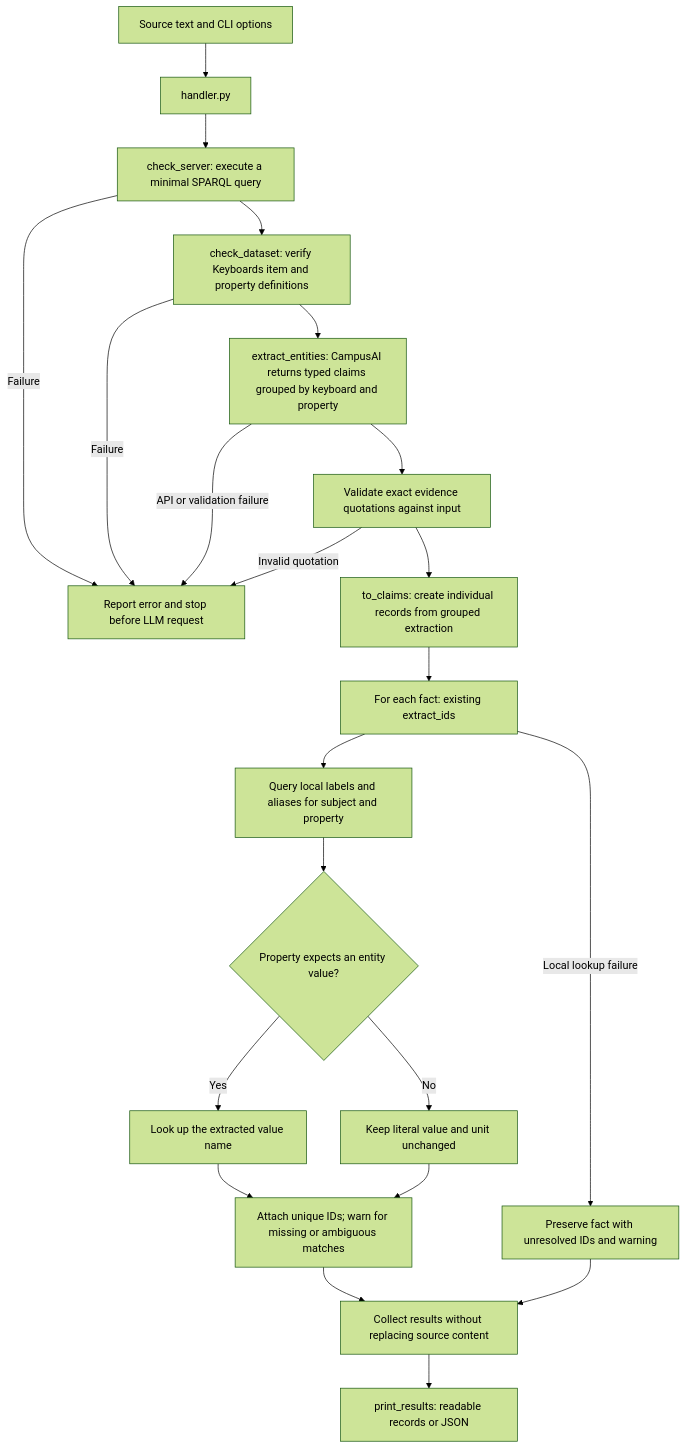
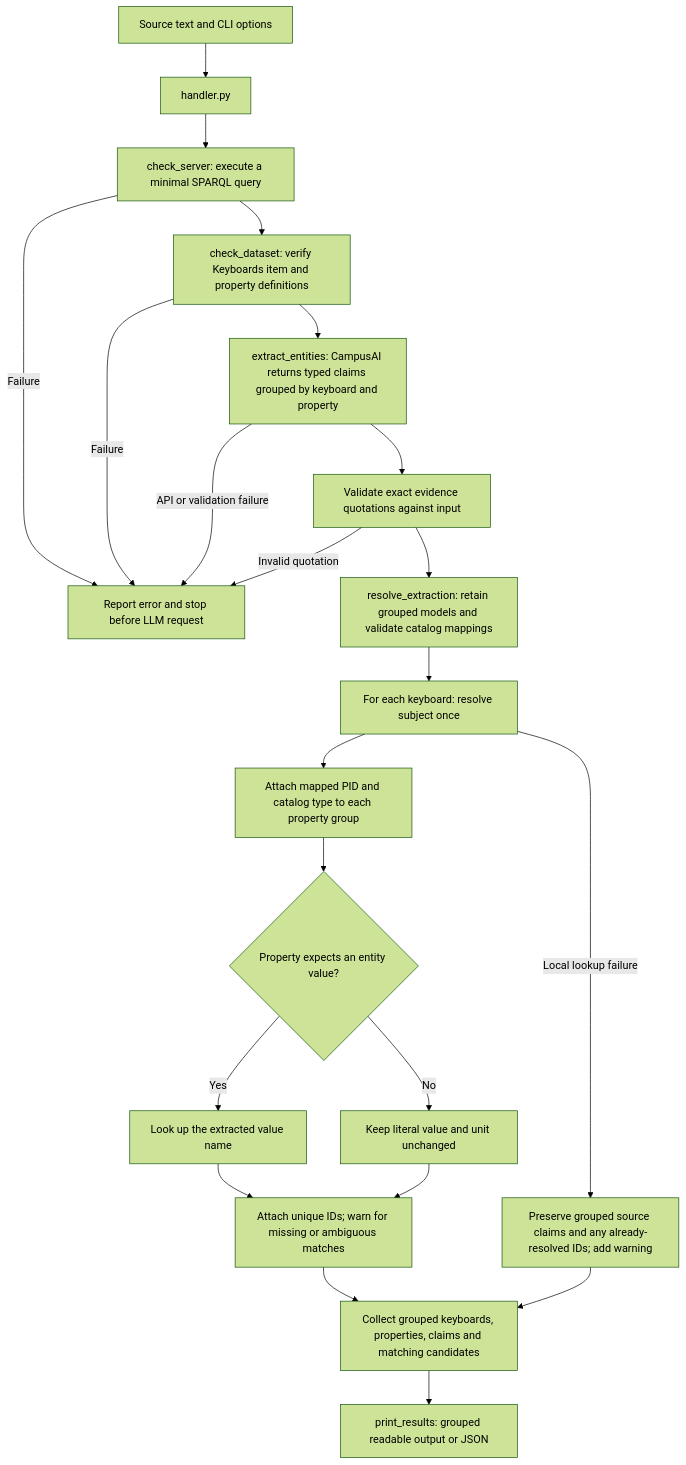
The diagram in workflow.md (hawks23/anywikia), drawn with Mermaid (forest theme) before and after one commit. The commit also changed other lines of this file and 2 other files, not shown here.

Commit message:
Document grouped outputs, local resolution, and debugging
Explain the nested JSON contract, standalone commands, matching limitations, and CampusAI settings. Update the workflow diagram and include a multi-keyboard sample passage.

````diff
--- a/workflow.md
+++ b/workflow.md
@@ -6,24 +6,24 @@
 ```mermaid
 flowchart TD
     A[Source text and CLI options] --> B[handler.py]
     B --> C[check_server: execute a minimal SPARQL query]
     C --> D[check_dataset: verify Keyboards item and property definitions]
     C -- Failure --> Z[Report error and stop before LLM request]
     D -- Failure --> Z
     D --> E[extract_entities: CampusAI returns typed claims grouped by keyboard and property]
     E --> F[Validate exact evidence quotations against input]
     E -- API or validation failure --> Z
     F -- Invalid quotation --> Z
-    F --> P[to_claims: create individual records from grouped extraction]
-    P --> G[For each fact: existing extract_ids]
-    G --> H[Query local labels and aliases for subject and property]
+    F --> P[resolve_extraction: retain grouped models and validate catalog mappings]
+    P --> G[For each keyboard: resolve subject once]
+    G --> H[Attach mapped PID and catalog type to each property group]
     H --> I{Property expects an entity value?}
     I -- Yes --> J[Look up the extracted value name]
     I -- No --> K[Keep literal value and unit unchanged]
     J --> L[Attach unique IDs; warn for missing or ambiguous matches]
     K --> L
-    G -- Local lookup failure --> M[Preserve fact with unresolved IDs and warning]
-    L --> N[Collect results without replacing source content]
+    G -- Local lookup failure --> M[Preserve grouped source claims and any already-resolved IDs; add warning]
+    L --> N[Collect grouped keyboards, properties, claims and matching candidates]
     M --> N
-    N --> O[print_results: readable records or JSON]
+    N --> O[print_results: grouped readable output or JSON]
 ```
````
